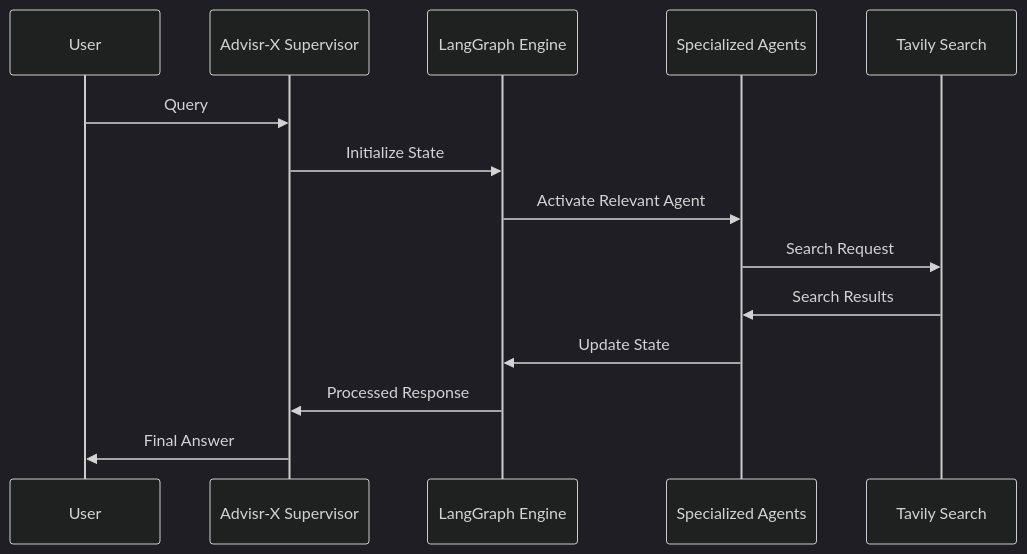
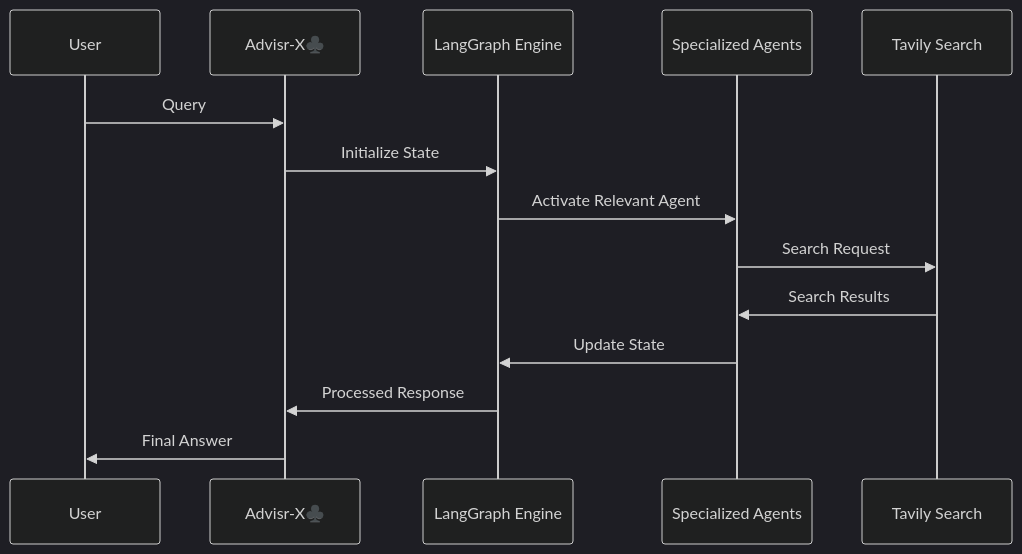
Before and after one commit to divakarkumarp/Advisr-X: the second of 2 diagrams in README.md, drawn with Mermaid (dark theme).

````diff
--- a/README.md
+++ b/README.md
@@ -291,17 +291,17 @@
 ```mermaid
 sequenceDiagram
     participant User
-    participant Supervisor as Advisr-X Supervisor
+    participant Supervisor as Advisr-X♣️
     participant LangGraph as LangGraph Engine
     participant Agents as Specialized Agents
     participant Tavily as Tavily Search
     
     User->>Supervisor: Query
     Supervisor->>LangGraph: Initialize State
     LangGraph->>Agents: Activate Relevant Agent
     Agents->>Tavily: Search Request
     Tavily->>Agents: Search Results
     Agents->>LangGraph: Update State
     LangGraph->>Supervisor: Processed Response
     Supervisor->>User: Final Answer
 ```
````
